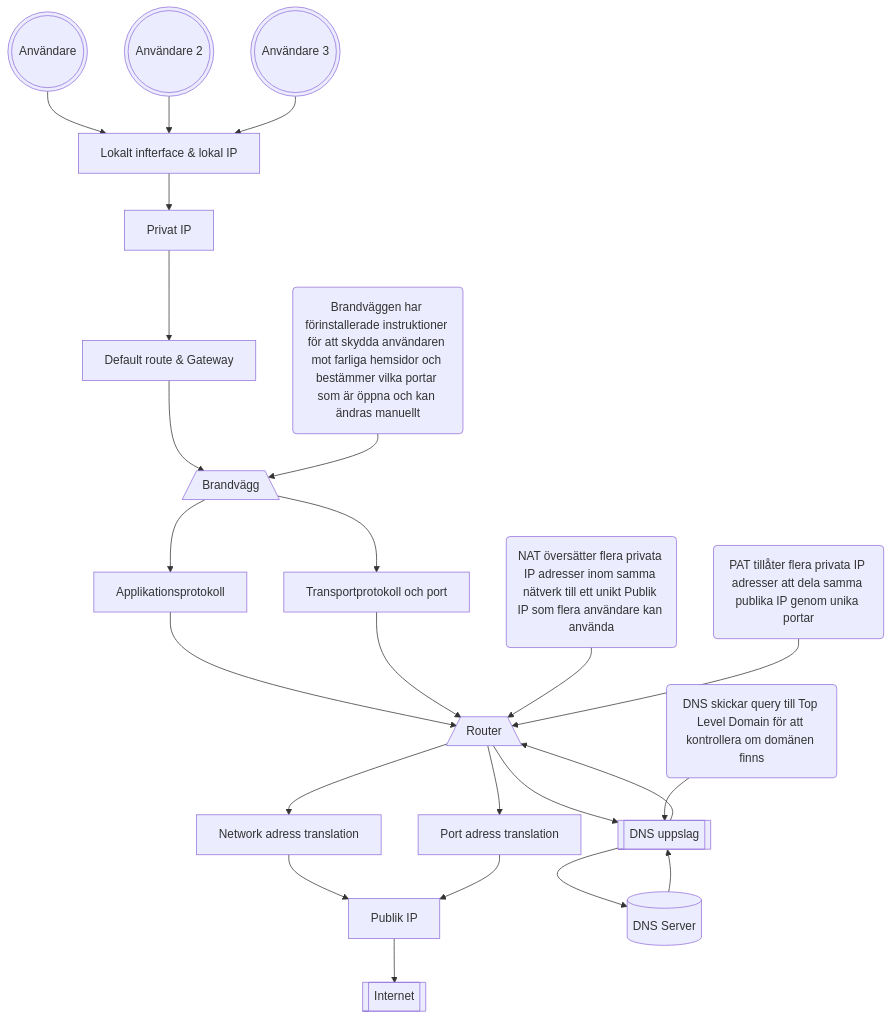
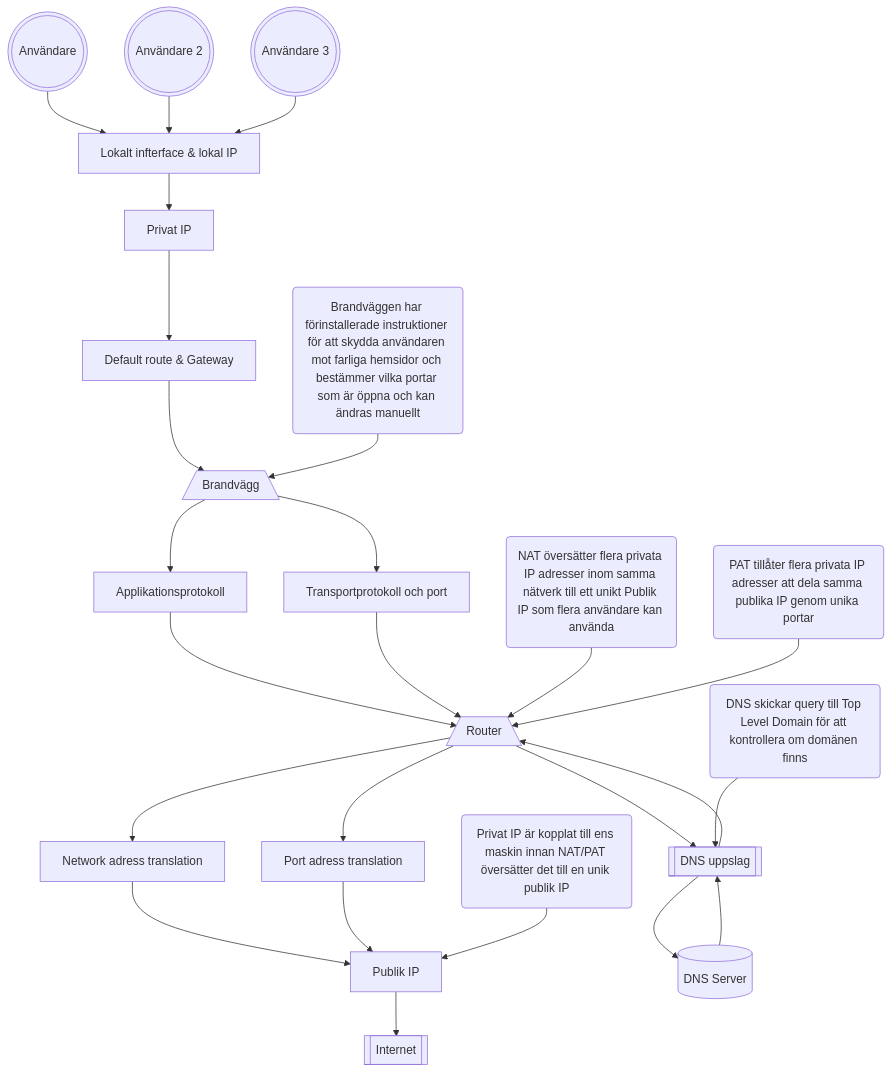
One commit to jesperthomsen-git/jesper-thomsen-itsx26-labb01 changed the first of 2 diagrams in docs/week38_network_traffic_investigation.md. Above: the diagram before and after it, drawn with Mermaid. The commit also changed other lines of this file and 3 other files, not shown here.

````diff
--- a/docs/week38_network_traffic_investigation.md
+++ b/docs/week38_network_traffic_investigation.md
@@ -64,51 +100,53 @@
 ```mermaid
 flowchart TB
     USER((("Användare")))
     USER2((("Användare 2")))
     USER3((("Användare 3")))
     LO["Lokalt infterface & lokal IP"]
     DNS[["DNS uppslag"]]
     DRG["Default route & Gateway"]
     PR["Privat IP"]
     PU["Publik IP"]
     NAT["Network adress translation"]
     PAT["Port adress translation"]
     ROUT[/"Router"\]
     DNSS[("DNS Server")]
     INTERNET[["Internet"]]
     FW[/"Brandvägg"\]
     TRANSP["Transportprotokoll och port"]
     APP["Applikationsprotokoll"]
-    
+    DNSNODE("DNS skickar query till Top Level Domain för att kontrollera om domänen finns")
+    NATNODE("NAT översätter flera privata IP adresser inom samma nätverk till ett unikt Publik IP som flera användare kan använda")
+    PATNODE("PAT tillåter flera privata IP adresser att dela samma publika IP genom unika portar")
+    FWNODE("Brandväggen har förinstallerade instruktioner för att skydda användaren mot farliga hemsidor och bestämmer vilka portar som är öppna och kan ändras manuellt")
+    PUNODE("Privat IP är kopplat till ens maskin innan NAT/PAT översätter det till en unik publik IP")
 
     USER --> LO
     USER2 --> LO
     USER3 --> LO
     ROUT --> DNS
     --> ROUT
     LO --> PR
     PR --> DRG
     DRG --> FW
     FW --> TRANSP
     FW --> APP
     APP --> ROUT
     TRANSP --> ROUT
     ROUT --> PAT
     ROUT --> NAT
     NAT --> PU
     PAT --> PU
     NATNODE --> ROUT
     PATNODE --> ROUT
     FWNODE --> FW
    
+    
     PU --> INTERNET
-    
+    PUNODE --> PU
+
     DNS --> DNSS
     DNSNODE --> DNS
     DNSS --> DNS
-
-    DNSNODE("DNS skickar query till Top Level Domain för att kontrollera om domänen finns")
-    NATNODE("NAT översätter flera privata IP adresser inom samma nätverk till ett unikt Publik IP som flera användare kan använda")
-    PATNODE("PAT tillåter flera privata IP adresser att dela samma publika IP genom unika portar")
-    FWNODE("Brandväggen har förinstallerade instruktioner för att skydda användaren mot farliga hemsidor och bestämmer vilka portar som är öppna och kan ändras manuellt")
+    
 ```
````
